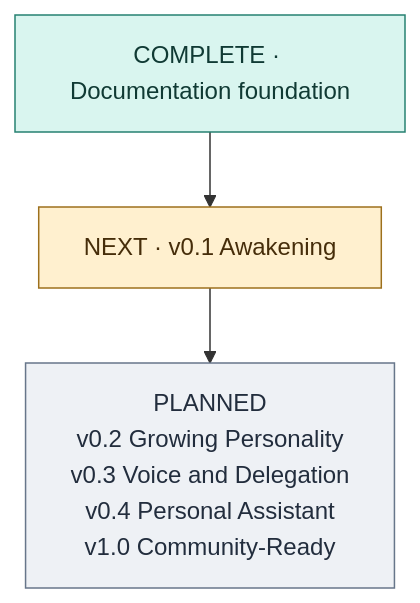
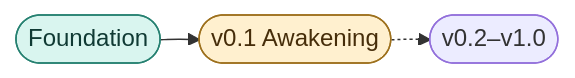
One commit to nsusheel/Bunny.ai changed the diagram in README.md. Above: the diagram before and after it, drawn with Mermaid. The commit also changed other lines of this file and 6 other files, not shown here.

Commit message:
docs: refine architecture visual design and reduce diagram density (#4)

````diff
--- a/README.md
+++ b/README.md
@@ -53,15 +31,17 @@
 ```mermaid
-flowchart TB
+---
+config:
+  flowchart:
+    nodeSpacing: 16
+    rankSpacing: 26
+    padding: 8
+---
+flowchart LR
     accTitle: Bunny development roadmap
-    accDescr: The documentation foundation is complete. Version 0.1 Awakening is next. Growing Personality, Voice and Delegation, Personal Assistant and Community-Ready are future milestones.
-    Done["COMPLETE · Documentation foundation"]
-    Next["NEXT · v0.1 Awakening"]
-    Future["PLANNED<br/>v0.2 Growing Personality<br/>v0.3 Voice and Delegation<br/>v0.4 Personal Assistant<br/>v1.0 Community-Ready"]
-    Done --> Next --> Future
-    classDef state fill:#d9f5ef,stroke:#268171,color:#103a34
-    classDef gate fill:#fff0cf,stroke:#9d701d,color:#462d0a
-    classDef neutral fill:#eef1f5,stroke:#67768a,color:#222d3d
-    class Done state
-    class Next gate
-    class Future neutral
+    accDescr: The documentation foundation is complete. Version 0.1 Awakening is next. Versions 0.2 through 1.0 are future milestones.
+    F([Foundation]) --> A([v0.1 Awakening]) -.-> L([v0.2–v1.0])
+    classDef complete fill:#d9f5ef,stroke:#268171,color:#103a34
+    classDef next fill:#fff0cf,stroke:#9d701d,color:#462d0a
+    class F complete
+    class A next
 ```
````
